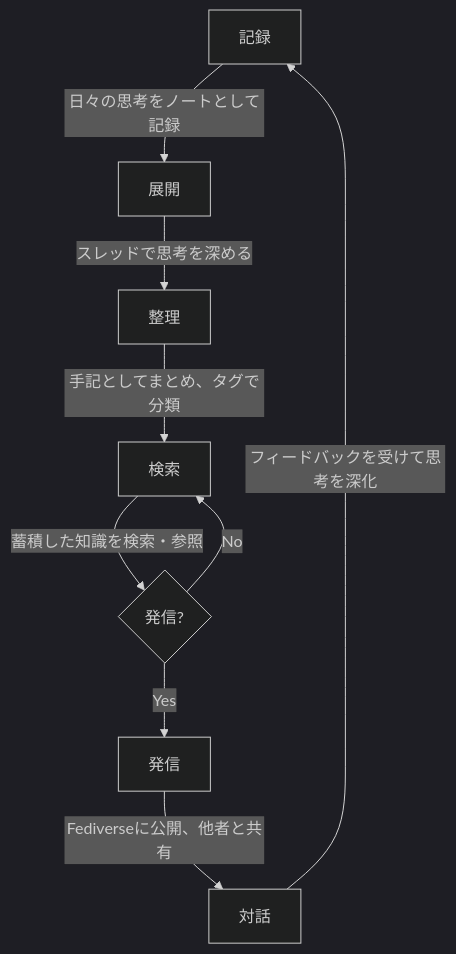
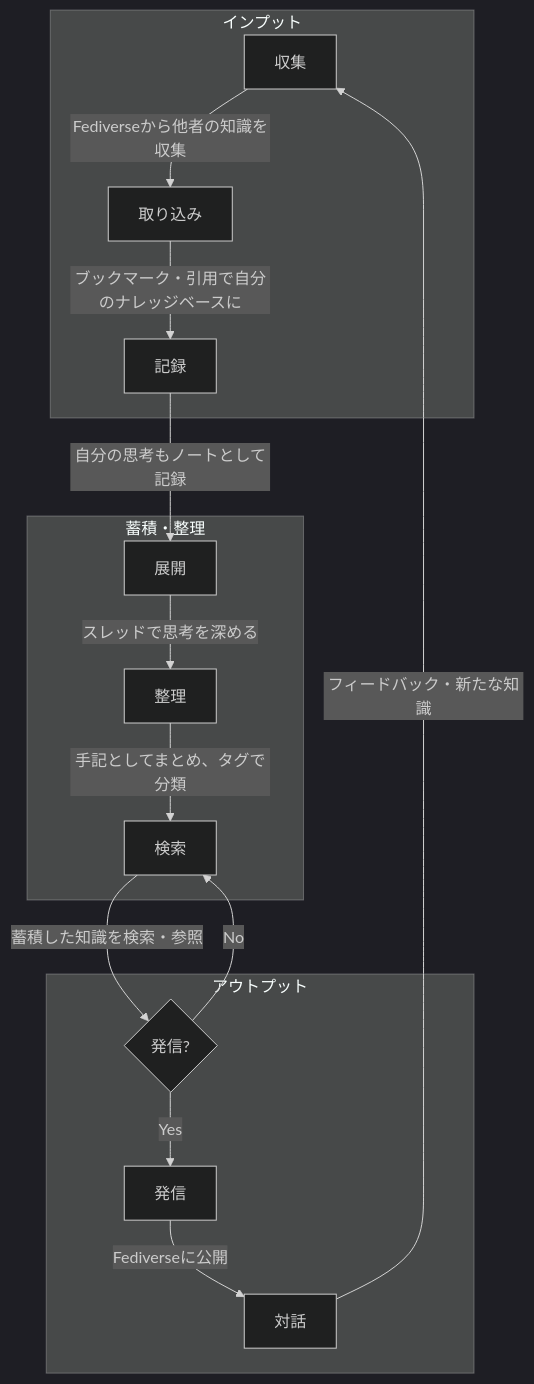
One commit to iwasa-kosui/monorepo changed the fourth of 5 diagrams in apps/microblog/docs/system-value.md. Above: the diagram before and after it, drawn with Mermaid (dark theme). The commit also changed other lines of this file, not shown here.

````diff
--- a/apps/microblog/docs/system-value.md
+++ b/apps/microblog/docs/system-value.md
@@ -161,11 +171,22 @@
 ```mermaid
 flowchart TD
-    A["記録"] -->|"日々の思考をノートとして記録"| B["展開"]
-    B -->|"スレッドで思考を深める"| C["整理"]
-    C -->|"手記としてまとめ、タグで分類"| D["検索"]
-    D -->|"蓄積した知識を検索・参照"| E{"発信?"}
-    E -->|"Yes"| F["発信"]
-    E -->|"No"| D
-    F -->|"Fediverseに公開、他者と共有"| G["対話"]
-    G -->|"フィードバックを受けて思考を深化"| A
+    subgraph "インプット"
+        A["収集"] -->|"Fediverseから他者の知識を収集"| B["取り込み"]
+        B -->|"ブックマーク・引用で自分のナレッジベースに"| C["記録"]
+    end
+
+    subgraph "蓄積・整理"
+        C -->|"自分の思考もノートとして記録"| D["展開"]
+        D -->|"スレッドで思考を深める"| E["整理"]
+        E -->|"手記としてまとめ、タグで分類"| F["検索"]
+    end
+
+    subgraph "アウトプット"
+        F -->|"蓄積した知識を検索・参照"| G{"発信?"}
+        G -->|"Yes"| H["発信"]
+        G -->|"No"| F
+        H -->|"Fediverseに公開"| I["対話"]
+    end
+
+    I -->|"フィードバック・新たな知識"| A
 ```
````
